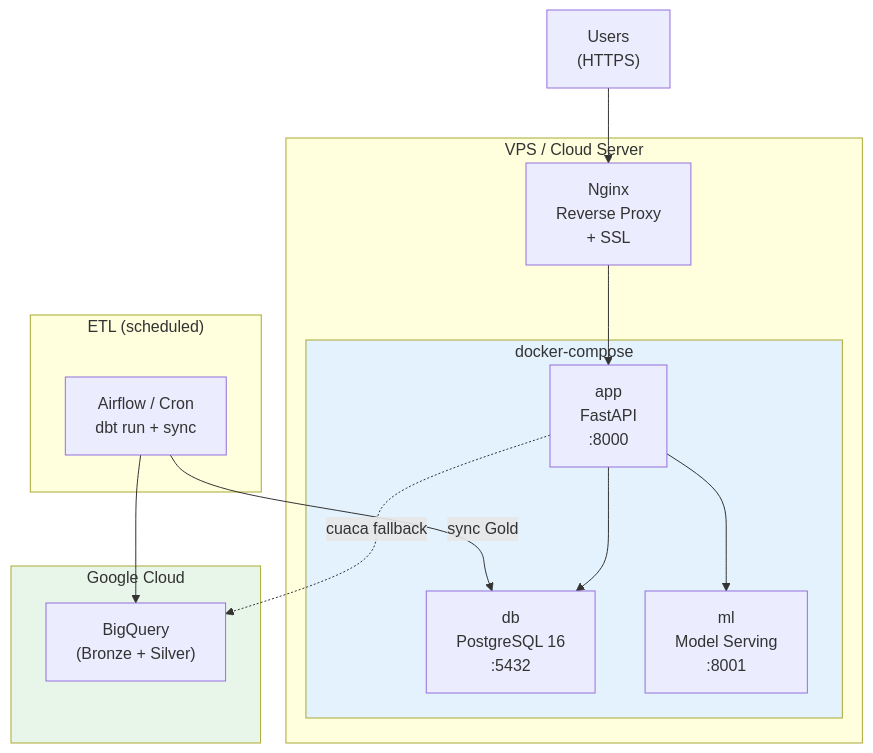
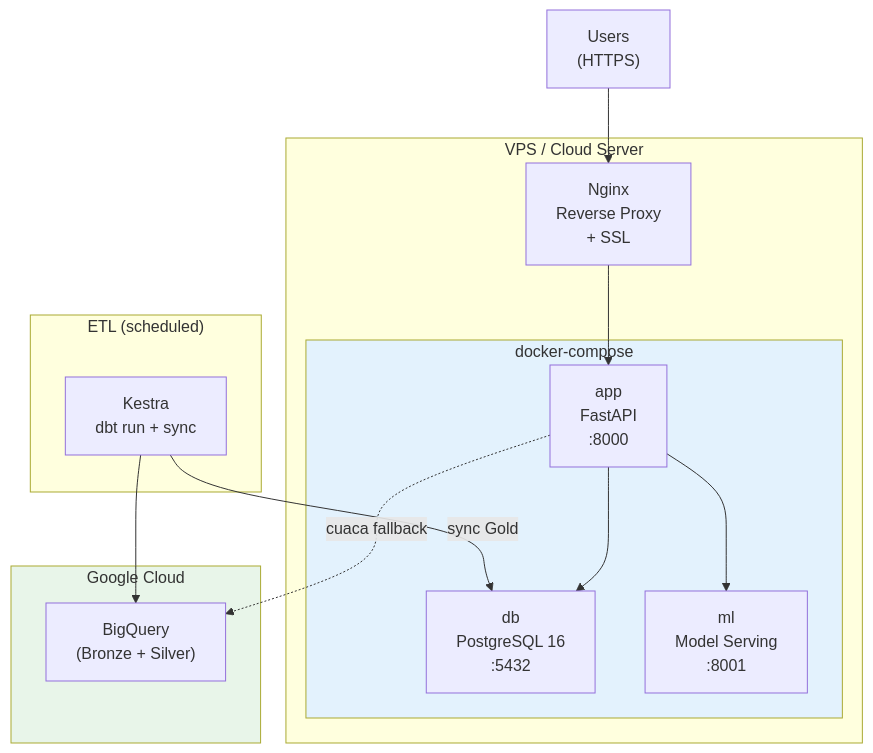
One commit to RayhanLup1n/bi-hackathon-group-1 changed the tenth of 11 diagrams in docs/sda/SYSTEM_DESIGN.md. Above: the diagram before and after it, drawn with Mermaid. The commit also changed other lines of this file and 30 other files, not shown here.

````diff
--- a/docs/sda/SYSTEM_DESIGN.md
+++ b/docs/sda/SYSTEM_DESIGN.md
@@ -529,30 +529,30 @@
 ```mermaid
 graph TB
     subgraph VPS ["VPS / Cloud Server"]
         subgraph Docker ["docker-compose"]
             APP["app<br/>FastAPI<br/>:8000"]
             DB["db<br/>PostgreSQL 16<br/>:5432"]
             ML["ml<br/>Model Serving<br/>:8001"]
         end
         NG["Nginx<br/>Reverse Proxy<br/>+ SSL"]
     end
 
     subgraph GCP ["Google Cloud"]
         BQ["BigQuery<br/>(Bronze + Silver)"]
     end
 
     subgraph ETL ["ETL (scheduled)"]
-        AF["Airflow / Cron<br/>dbt run + sync"]
+        KS2["Kestra<br/>dbt run + sync"]
     end
 
     U["Users<br/>(HTTPS)"] --> NG
     NG --> APP
     APP --> DB
     APP --> ML
-    AF --> BQ
-    AF -->|"sync Gold"| DB
+    KS2 --> BQ
+    KS2 -->|"sync Gold"| DB
     APP -.->|"cuaca fallback"| BQ
 
     style Docker fill:#E3F2FD
     style GCP fill:#E8F5E9
 ```
````
